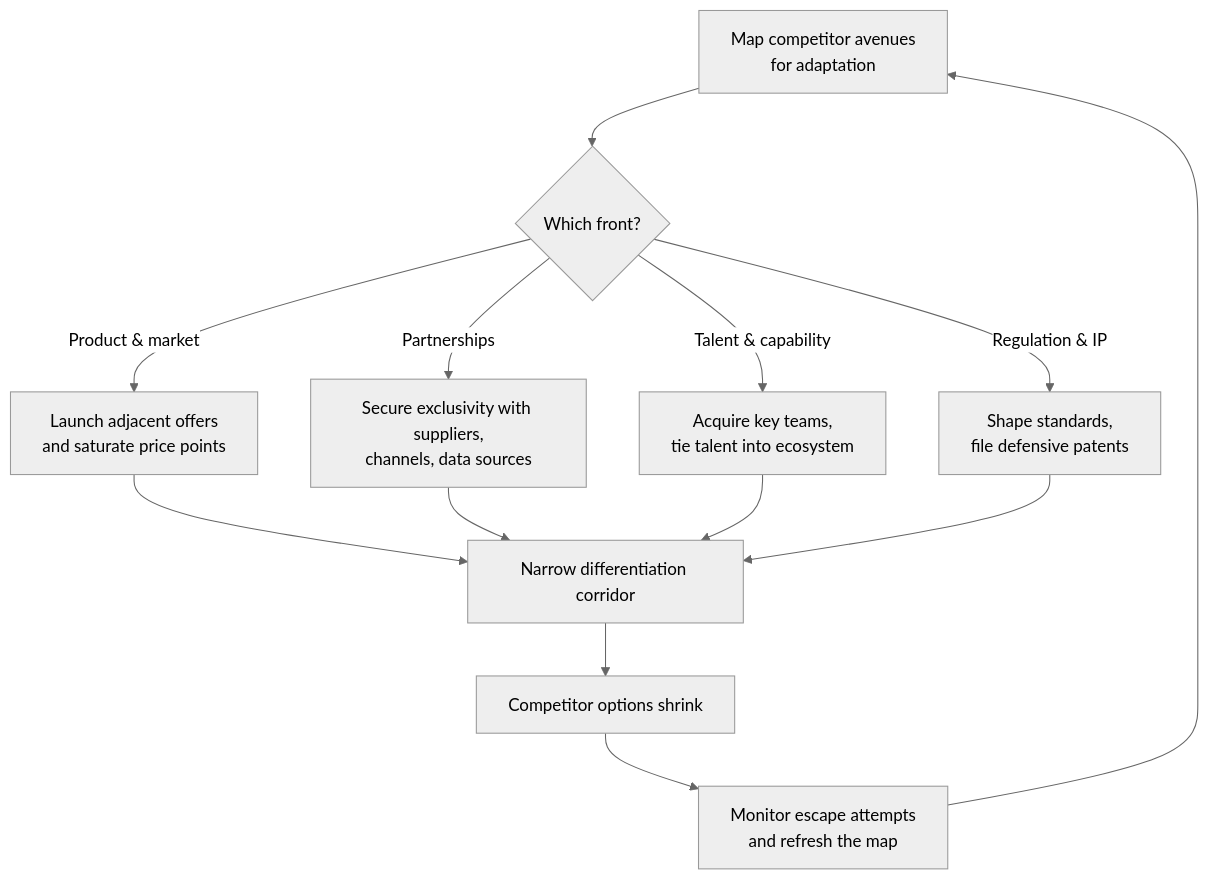
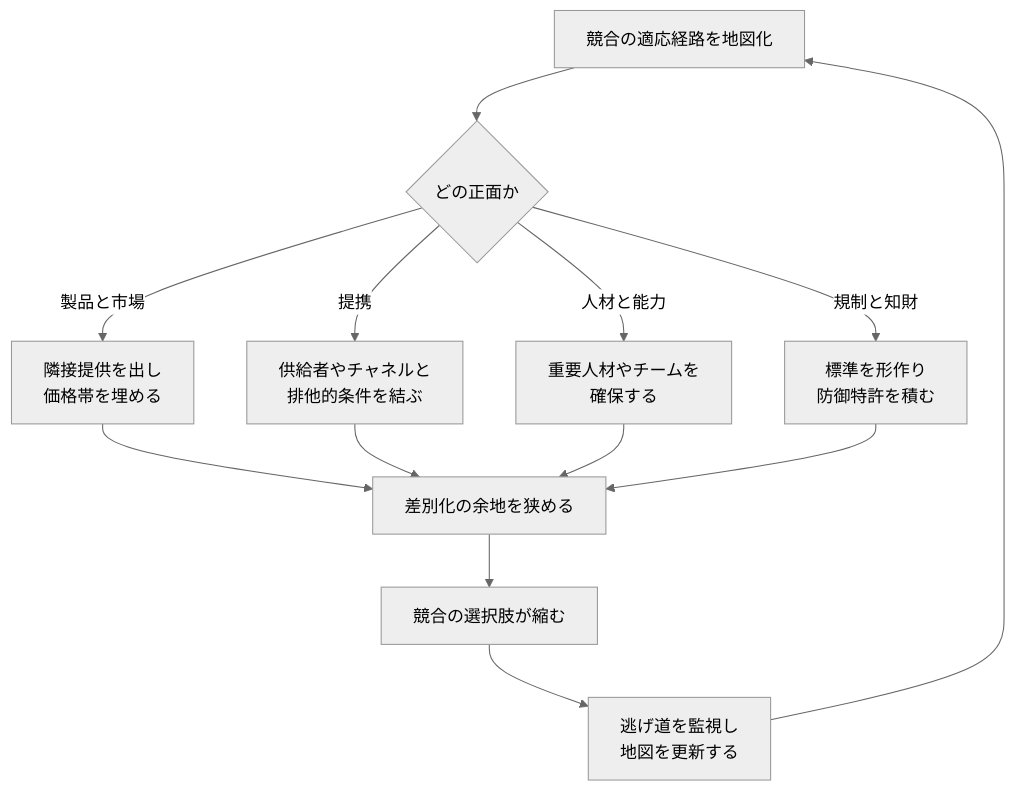
One commit to wardley-leadership-strategies-ja/wardley-leadership-strategies-ja.github.io changed the diagram in docs/strategies/competitor/restriction-of-movement/index.md. Above: the diagram before and after it, drawn with Mermaid (neutral theme). The commit also changed other lines of this file and 5 other files, not shown here.

````diff
--- a/docs/strategies/competitor/restriction-of-movement/index.md
+++ b/docs/strategies/competitor/restriction-of-movement/index.md
@@ -71,15 +70,20 @@
 ```mermaid
 flowchart TD
-    A[Map competitor avenues<br/>for adaptation] --> B{Which front?}
-    B -->|Product & market| C[Launch adjacent offers<br/>and saturate price points]
-    B -->|Partnerships| D[Secure exclusivity with suppliers,<br/>channels, data sources]
-    B -->|Talent & capability| E[Acquire key teams,<br/>tie talent into ecosystem]
-    B -->|Regulation & IP| F[Shape standards,<br/>file defensive patents]
-    C --> G[Narrow differentiation corridor]
+    A[競合の適応経路を地図化] --> B{どの正面か}
+    B -->|製品と市場| C[隣接提供を出し
+価格帯を埋める]
+    B -->|提携| D[供給者やチャネルと
+排他的条件を結ぶ]
+    B -->|人材と能力| E[重要人材やチームを
+確保する]
+    B -->|規制と知財| F[標準を形作り
+防御特許を積む]
+    C --> G[差別化の余地を狭める]
     D --> G
     E --> G
     F --> G
-    G --> H[Competitor options shrink]
-    H --> I[Monitor escape attempts<br/>and refresh the map]
+    G --> H[競合の選択肢が縮む]
+    H --> I[逃げ道を監視し
+地図を更新する]
     I --> A
 ```
````
